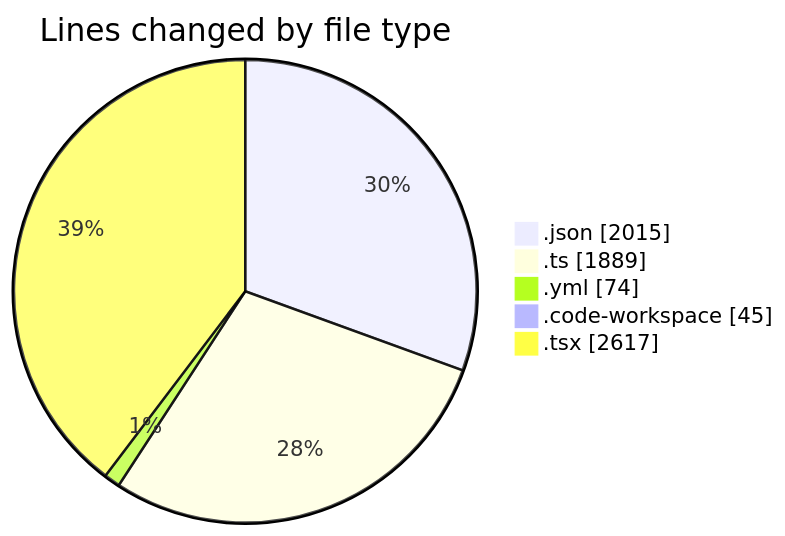
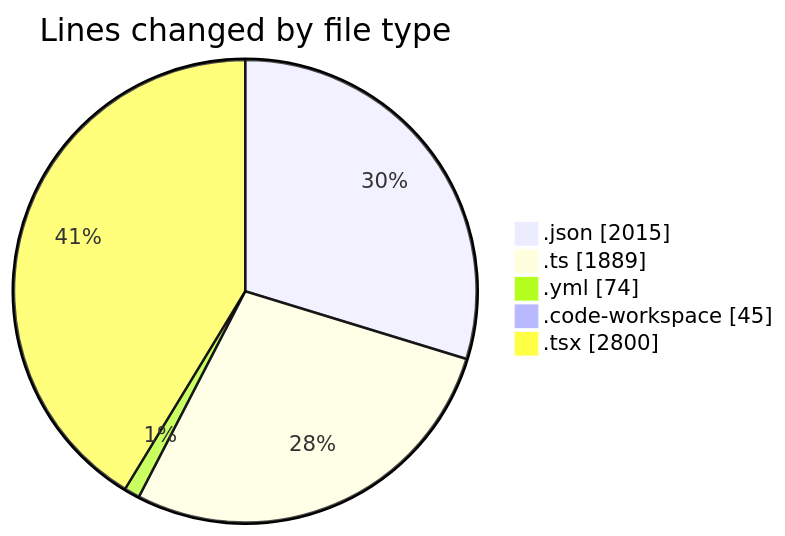
One commit to julien-gomy/code-tracking changed the first of 2 diagrams in 2025-11-25/eventscop-frontend-guide__workspace_/README.md. Above: the diagram before and after it, drawn with Mermaid. The commit also changed other lines of this file and 1 other file, not shown here.

````diff
--- a/2025-11-25/eventscop-frontend-guide__workspace_/README.md
+++ b/2025-11-25/eventscop-frontend-guide__workspace_/README.md
@@ -44,9 +45,9 @@
 ```mermaid
 pie showData
 title Lines changed by file type
 ".json" : 2015
 ".ts" : 1889
 ".yml" : 74
 ".code-workspace" : 45
-".tsx" : 2617
+".tsx" : 2800
 ```
````
